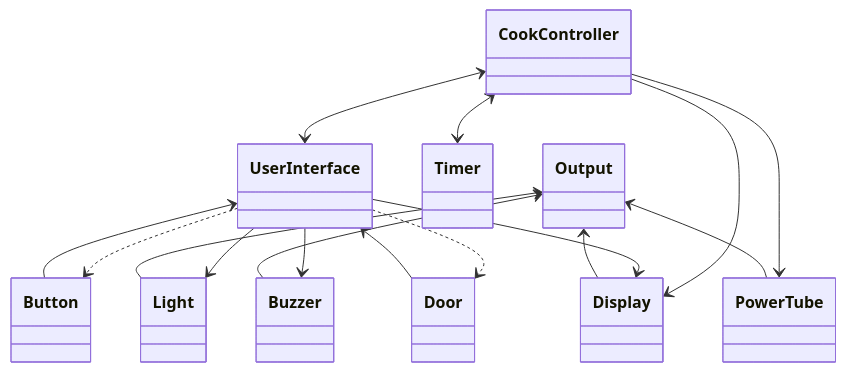
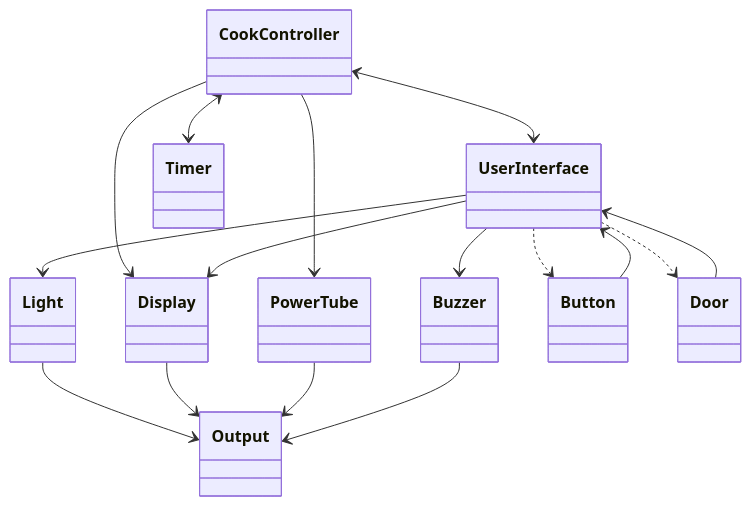
The second of 2 diagrams in README.md (Nivethan1999/SWTE22-1-Obligatorisk-Handin-3), drawn with Mermaid before and after one commit. The commit also changed other lines of this file, not shown here.

Commit message:
Updated Diagrams

````diff
--- a/README.md
+++ b/README.md
@@ -22,18 +22,18 @@
 ```mermaid
 classDiagram
 CookController<-->UserInterface
 CookController<-->Timer
 CookController-->PowerTube
 CookController-->Display
 UserInterface-->Buzzer
 UserInterface-->Display
 UserInterface-->Light
 UserInterface..>Button
 UserInterface..>Door
 UserInterface<--Button
 UserInterface<--Door
-Output<--Light
-Output<--Display
-Output<--PowerTube
-Output<--Buzzer
+Light-->Output
+Display-->Output
+PowerTube-->Output
+Buzzer-->Output
 ```
````
